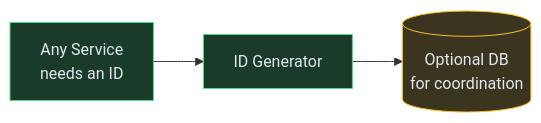
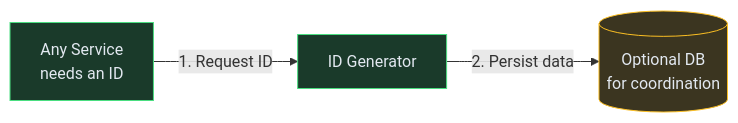
Before and after one commit to iluzn/HLD-Designs: the first of 7 diagrams in content/hld/UniqueIDGenerator.md, drawn with Mermaid. The commit also changed other lines of this file and 27 other files, not shown here.

````diff
--- a/content/hld/UniqueIDGenerator.md
+++ b/content/hld/UniqueIDGenerator.md
@@ -20,12 +20,12 @@
 ```mermaid
 flowchart LR
     SVC["Any Service<br/>needs an ID"]:::service
     IDG["ID Generator"]:::service
     DB[("Optional DB<br/>for coordination")]:::data
 
-    SVC --> IDG
-    IDG --> DB
+    SVC -->|"1. Request ID"| IDG
+    IDG -->|"2. Persist data"| DB
 
     classDef service fill:#1a3a2a,stroke:#4ade80,color:#e2e8f0
     classDef data fill:#3b3520,stroke:#fbbf24,color:#e2e8f0
 ```
````
